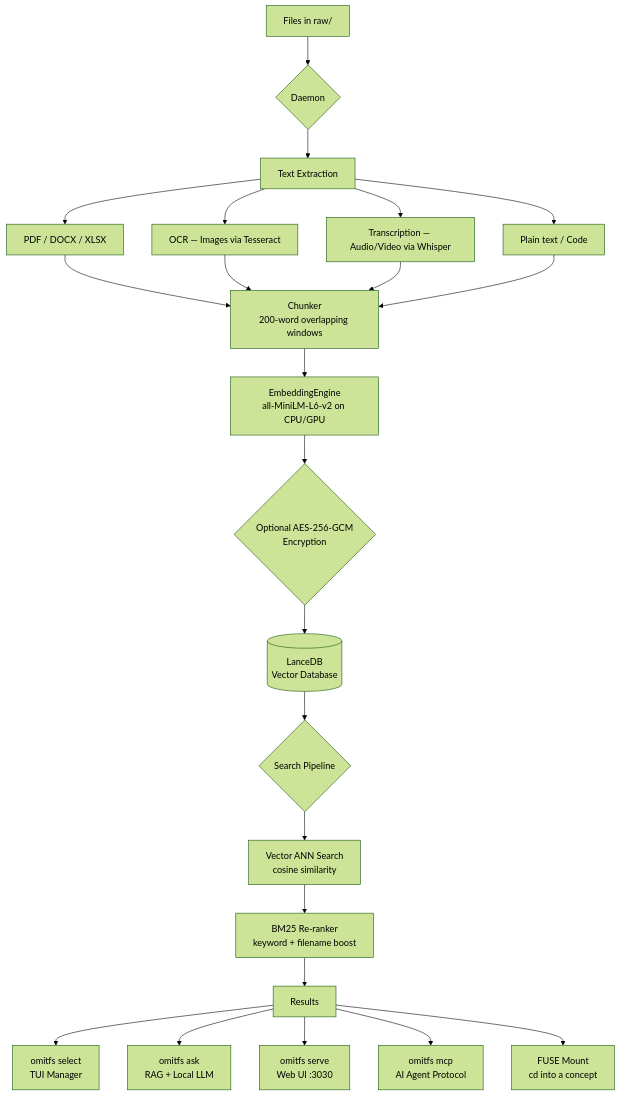
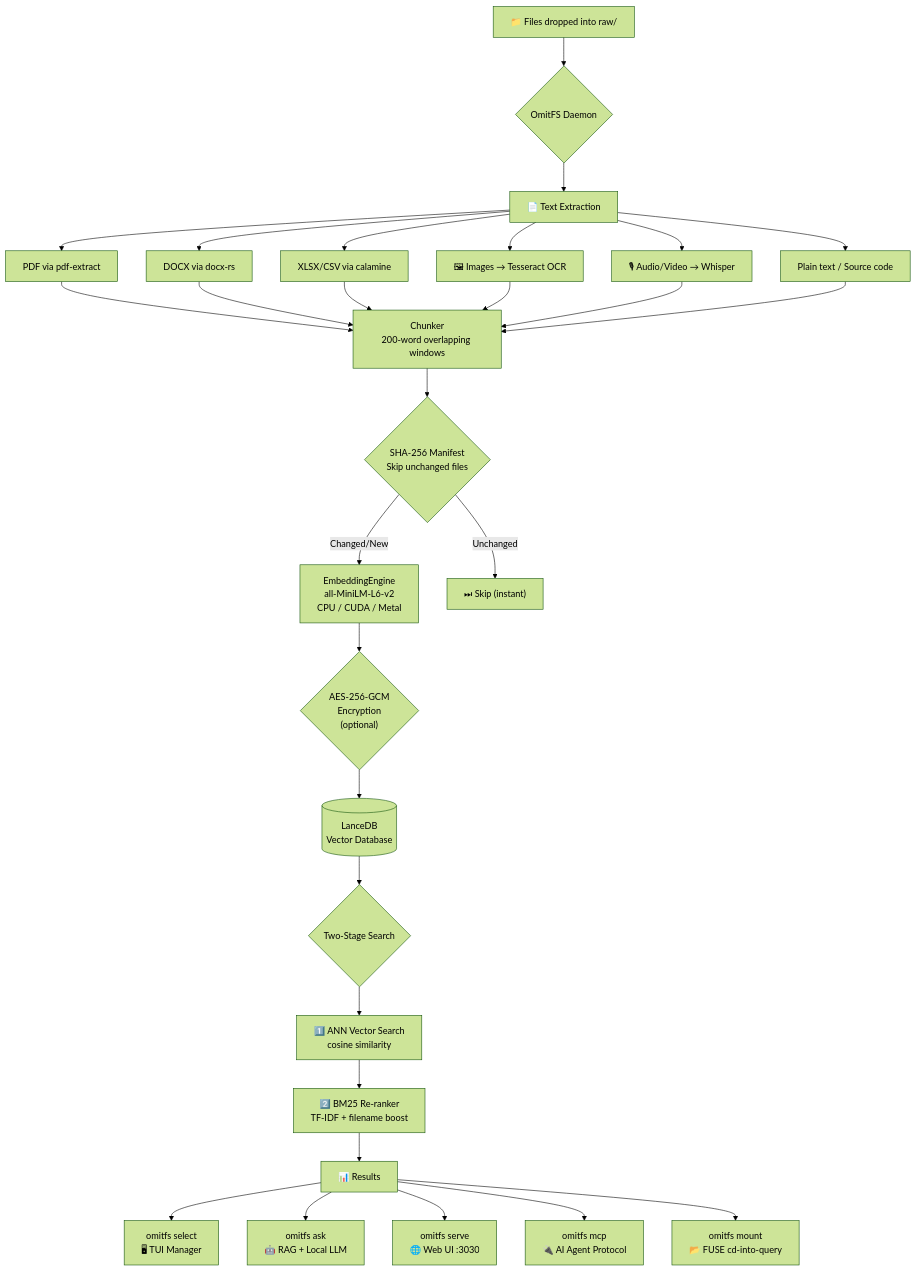
Before and after one commit to Panav-Payappagoudar/OmitFS: the first of 3 diagrams in README.md, drawn with Mermaid (forest theme). The commit also changed other lines of this file and 2 other files, not shown here.

````diff
--- a/README.md
+++ b/README.md
@@ -52,24 +111,32 @@
 ```mermaid
 graph TD
-    A[Files in raw/] --> B{Daemon}
-    B --> C[Text Extraction]
-    C --> D[PDF / DOCX / XLSX]
-    C --> E[OCR — Images via Tesseract]
-    C --> F[Transcription — Audio/Video via Whisper]
-    C --> G[Plain text / Code]
-    D & E & F & G --> H[Chunker\n200-word overlapping windows]
-    H --> I[EmbeddingEngine\nall-MiniLM-L6-v2 on CPU/GPU]
-    I --> J{Optional AES-256-GCM\nEncryption}
-    J --> K[(LanceDB\nVector Database)]
+    A["📁 Files dropped into raw/"] --> B{OmitFS Daemon}
 
-    K --> L{Search Pipeline}
-    L --> M[Vector ANN Search\ncosine similarity]
-    M --> N[BM25 Re-ranker\nkeyword + filename boost]
-    N --> O[Results]
+    B --> C["📄 Text Extraction"]
+    C --> D["PDF via pdf-extract"]
+    C --> E["DOCX via docx-rs"]
+    C --> F["XLSX/CSV via calamine"]
+    C --> G["🖼 Images → Tesseract OCR"]
+    C --> H["🎙 Audio/Video → Whisper"]
+    C --> I["Plain text / Source code"]
 
-    O --> P[omitfs select\nTUI Manager]
-    O --> Q[omitfs ask\nRAG + Local LLM]
-    O --> R[omitfs serve\nWeb UI :3030]
-    O --> S[omitfs mcp\nAI Agent Protocol]
-    O --> T[FUSE Mount\ncd into a concept]
+    D & E & F & G & H & I --> J["Chunker\n200-word overlapping windows"]
+
+    J --> K{"SHA-256 Manifest\nSkip unchanged files"}
+    K -->|Changed/New| L["EmbeddingEngine\nall-MiniLM-L6-v2\nCPU / CUDA / Metal"]
+    K -->|Unchanged| M["⏭ Skip (instant)"]
+
+    L --> N{"AES-256-GCM\nEncryption\n(optional)"}
+    N --> O[("LanceDB\nVector Database")]
+
+    O --> P{Two-Stage Search}
+    P --> Q["1️⃣ ANN Vector Search\ncosine similarity"]
+    Q --> R["2️⃣ BM25 Re-ranker\nTF-IDF + filename boost"]
+    R --> S["📊 Results"]
+
+    S --> T["omitfs select\n🖥 TUI Manager"]
+    S --> U["omitfs ask\n🤖 RAG + Local LLM"]
+    S --> V["omitfs serve\n🌐 Web UI :3030"]
+    S --> W["omitfs mcp\n🔌 AI Agent Protocol"]
+    S --> X["omitfs mount\n📂 FUSE cd-into-query"]
 ```
````
